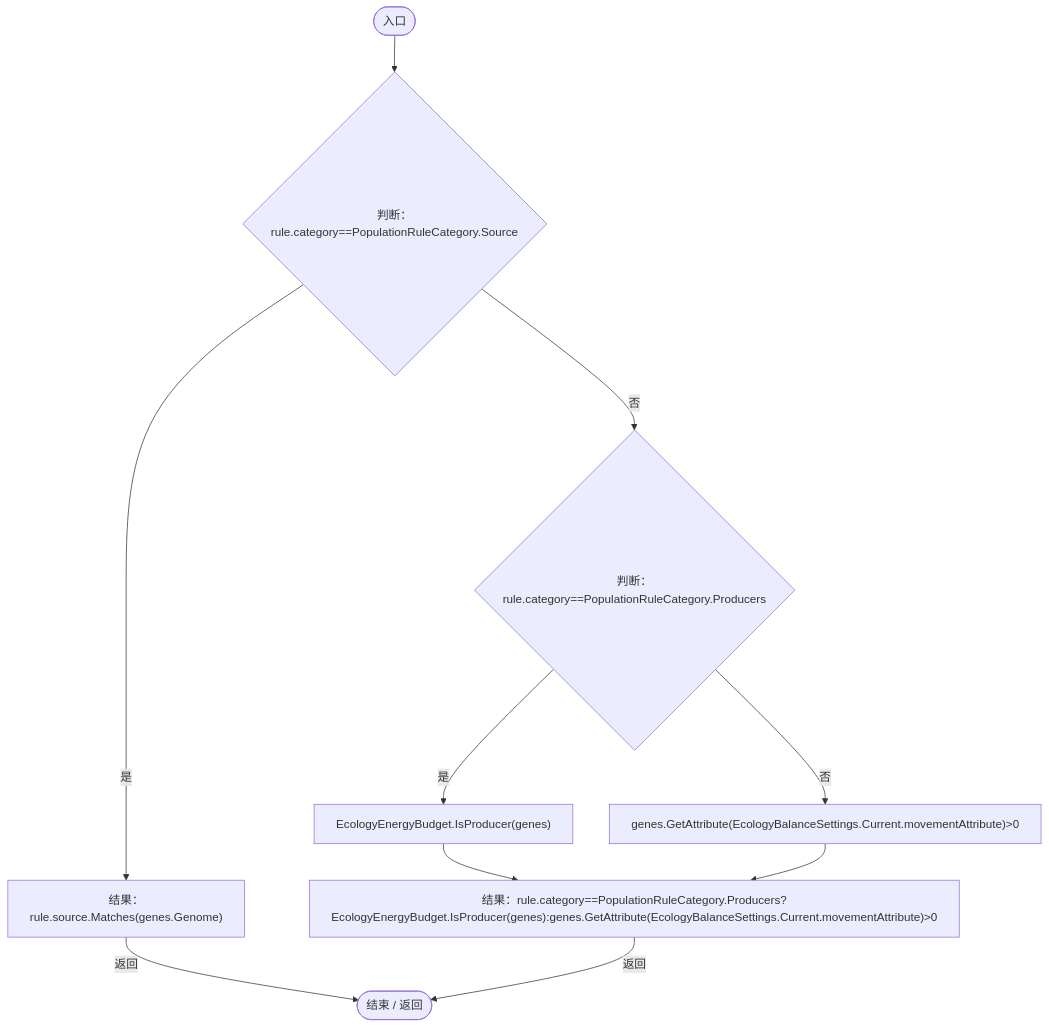
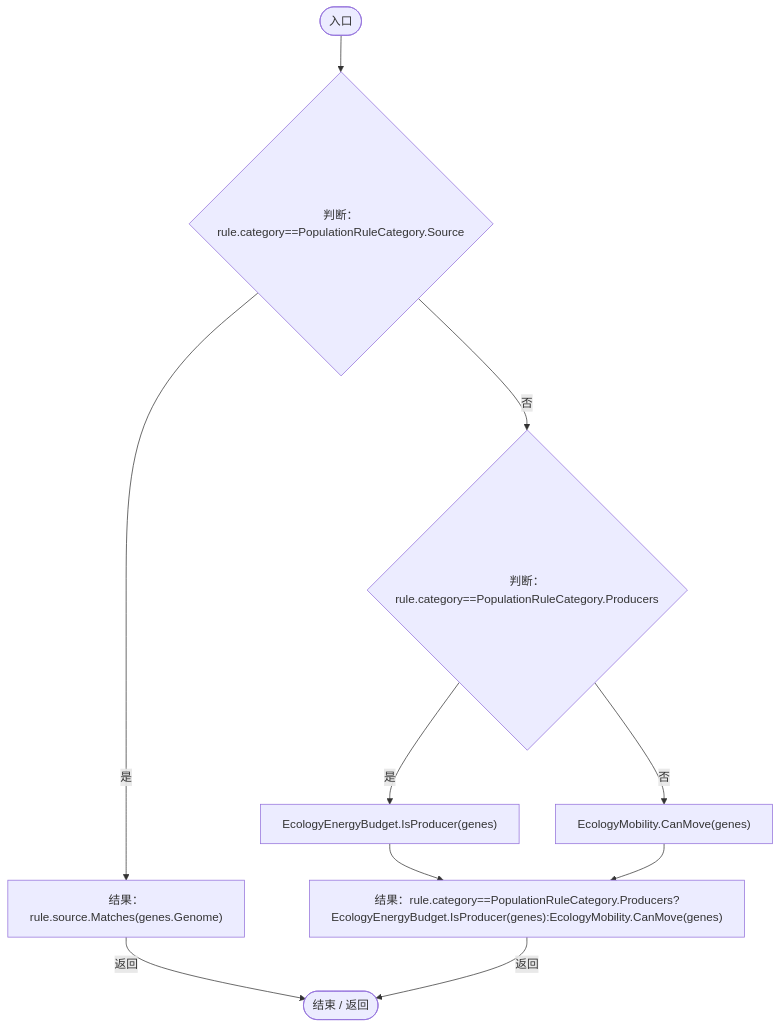
The fourth of 8 diagrams in Docs/运行流程图/脚本/554e3f13e11b3808.md (xhs6666/Darwin_paradise), drawn with Mermaid before and after one commit. The commit also changed other lines of this file and 228 other files, not shown here.

Commit message:
Fix active simulation fallback and repeated ecology rule checks

````diff
--- a/Docs/运行流程图/脚本/554e3f13e11b3808.md
+++ b/Docs/运行流程图/脚本/554e3f13e11b3808.md
@@ -115,21 +114,21 @@
 ```mermaid
 flowchart TD
   b0(["入口"])
   b1{"判断：rule.category==PopulationRuleCategory.Source"}
   b2["结果：rule.source.Matches(genes.Genome)"]
   b3{"判断：rule.category==PopulationRuleCategory.Producers"}
   b4["EcologyEnergyBudget.IsProducer(genes)"]
-  b5["genes.GetAttribute(EcologyBalanceSettings.Current.movementAttribute)&gt;0"]
-  b6["结果：rule.category==PopulationRuleCategory.Producers?EcologyEnergyBudget.IsProducer(genes):genes.GetAttribute(EcologyBalanceSettings.Current.movementAttribute)&gt;0"]
+  b5["EcologyMobility.CanMove(genes)"]
+  b6["结果：rule.category==PopulationRuleCategory.Producers?EcologyEnergyBudget.IsProducer(genes):EcologyMobility.CanMove(genes)"]
   b7(["结束 / 返回"])
   b0 --> b1
   b1 -->|"是"| b2
   b1 -->|"否"| b3
   b2 -->|"返回"| b7
   b3 -->|"是"| b4
   b3 -->|"否"| b5
   b4 --> b6
   b5 --> b6
   b6 -->|"返回"| b7
 
 ```
````
